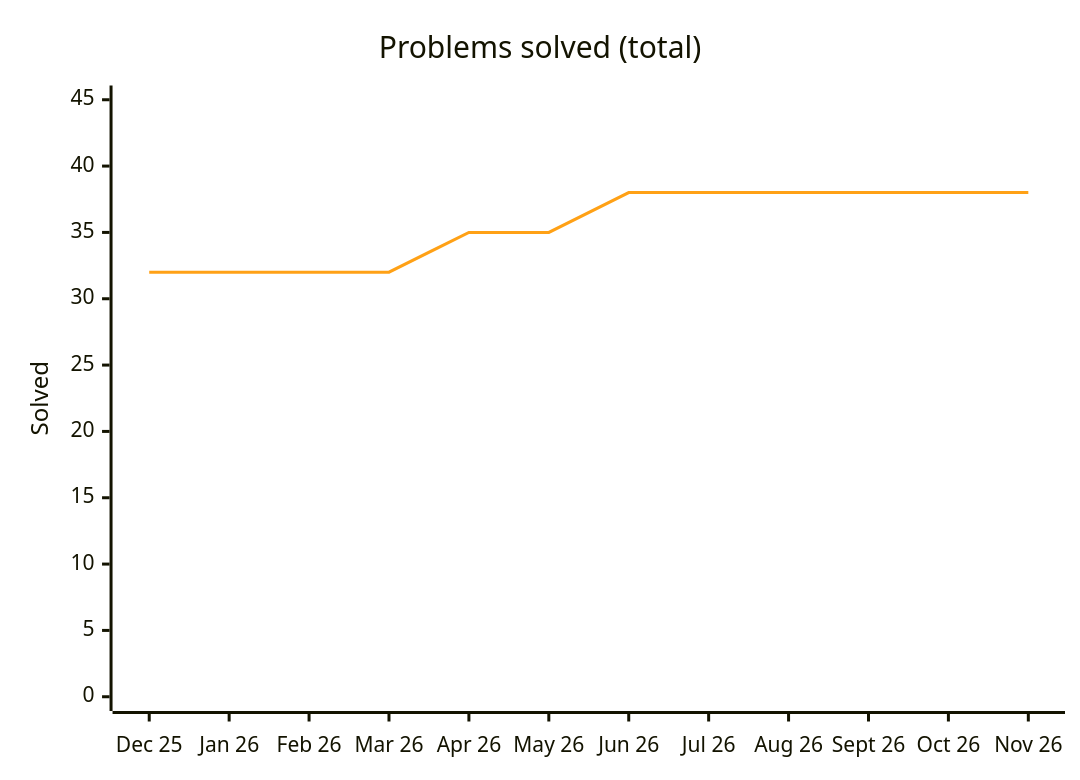
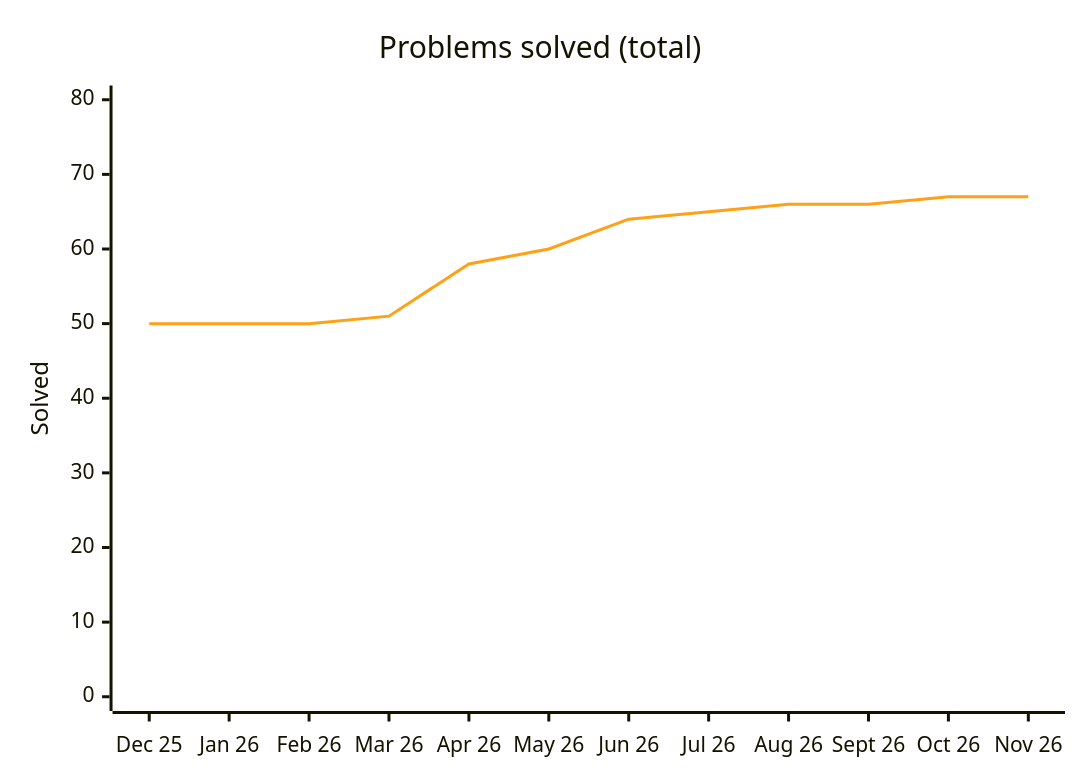
Before and after one commit to Ved-u/Java-DSA: the diagram in README.md, drawn with Mermaid. The commit also changed other lines of this file and 31 other files, not shown here.

````diff
--- a/README.md
+++ b/README.md
@@ -53,8 +53,8 @@
 ```mermaid
 %%{init: {"themeVariables": {"xyChart": {"plotColorPalette": "#ffa116"}}}}%%
 xychart-beta
     title "Problems solved (total)"
     x-axis ["Dec 25", "Jan 26", "Feb 26", "Mar 26", "Apr 26", "May 26", "Jun 26", "Jul 26", "Aug 26", "Sept 26", "Oct 26", "Nov 26"]
-    y-axis "Solved" 0 --> 45
-    line [32, 32, 32, 32, 35, 35, 38, 38, 38, 38, 38, 38]
+    y-axis "Solved" 0 --> 80
+    line [50, 50, 50, 51, 58, 60, 64, 65, 66, 66, 67, 67]
 ```
````
